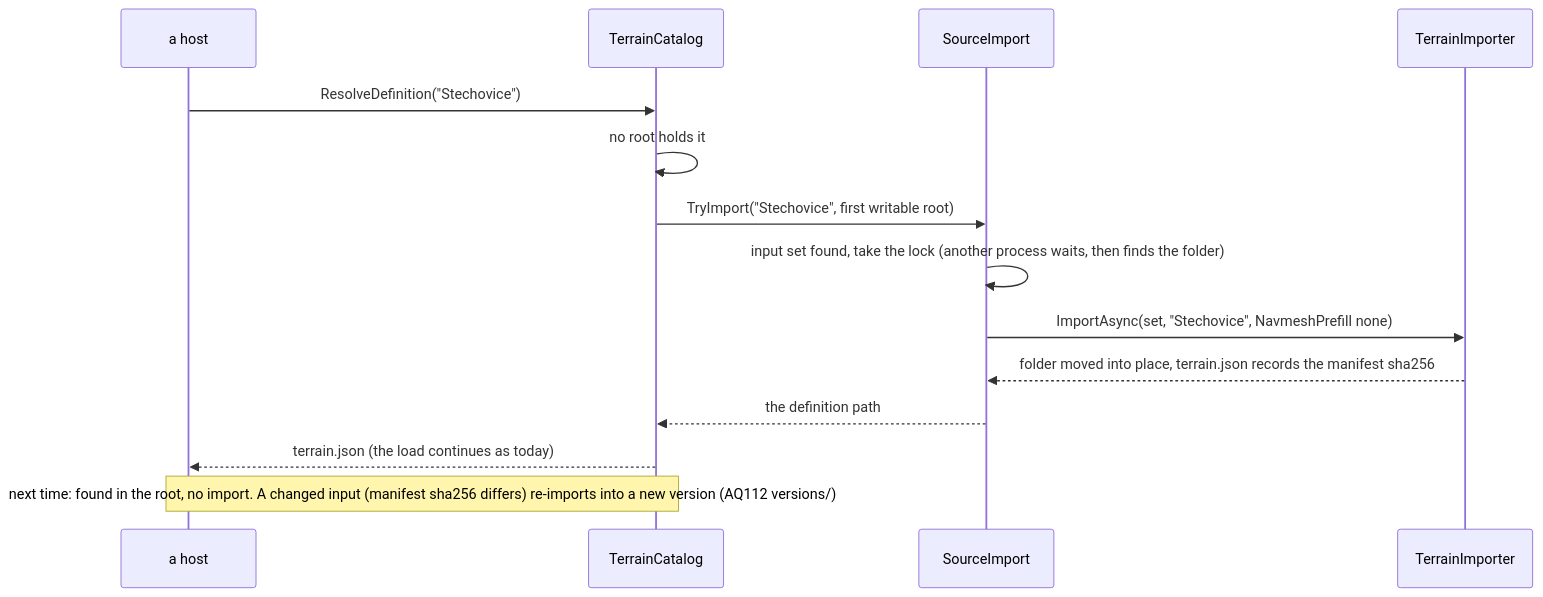
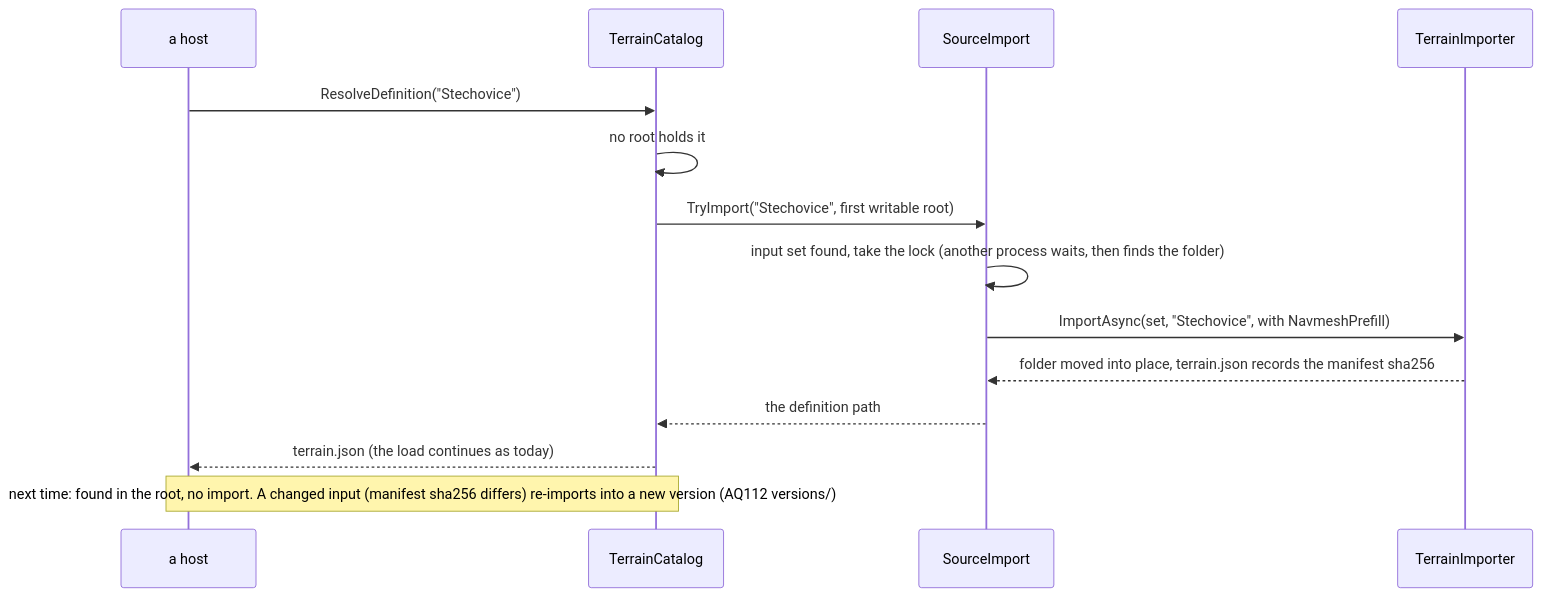
Diagram 22 of 22 in docs/DESIGN_Terrain_Import_UTM.md (pjanec/HROT), drawn with Mermaid before and after one commit. The commit also changed other lines of this file and 1 other file, not shown here.

First line of the commit message:
CE-11037: design F-3 revised - the first-use import prefills the navmesh (user)

````diff
--- a/docs/DESIGN_Terrain_Import_UTM.md
+++ b/docs/DESIGN_Terrain_Import_UTM.md
@@ -1311,16 +1311,16 @@
 ```mermaid
 sequenceDiagram
   participant H as a host
   participant C as TerrainCatalog
   participant S as SourceImport
   participant I as TerrainImporter
   H->>C: ResolveDefinition("Stechovice")
   C->>C: no root holds it
   C->>S: TryImport("Stechovice", first writable root)
   S->>S: input set found, take the lock (another process waits, then finds the folder)
-  S->>I: ImportAsync(set, "Stechovice", NavmeshPrefill none)
+  S->>I: ImportAsync(set, "Stechovice", with NavmeshPrefill)
   I-->>S: folder moved into place, terrain.json records the manifest sha256
   S-->>C: the definition path
   C-->>H: terrain.json (the load continues as today)
   Note over H,C: next time: found in the root, no import. A changed input (manifest sha256 differs) re-imports into a new version (AQ112 versions/)
 ```
````
